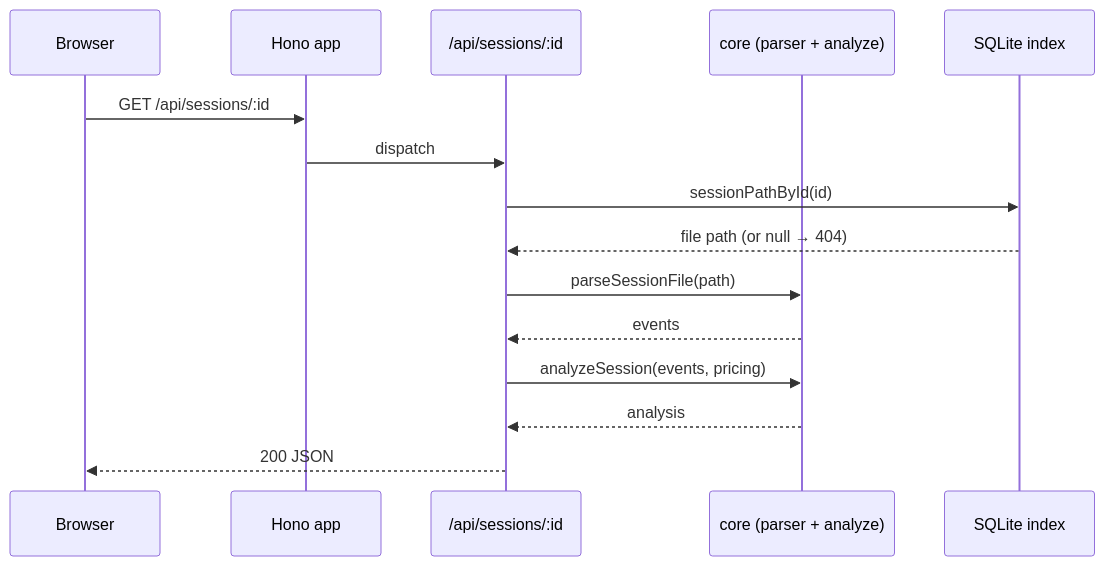
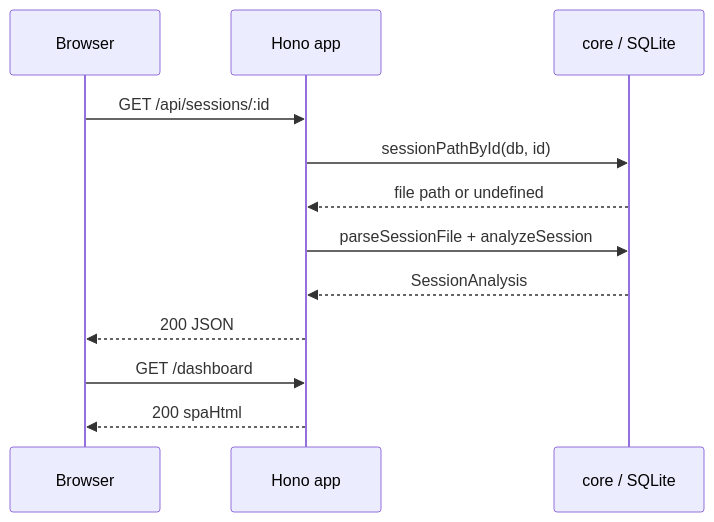
One commit to yorch/cc-analyzer changed the second of 2 diagrams in wiki/5-web-server-and-api.md. Above: the diagram before and after it, drawn with Mermaid. The commit also changed other lines of this file and 16 other files, not shown here.

````diff
--- a/wiki/5-web-server-and-api.md
+++ b/wiki/5-web-server-and-api.md
@@ -87,18 +81,14 @@
 ```mermaid
 sequenceDiagram
     participant Browser
     participant Hono as Hono app
-    participant Route as /api/sessions/:id
-    participant Core as core (parser + analyze)
-    participant DB as SQLite index
-
+    participant Core as core / SQLite
     Browser->>Hono: GET /api/sessions/:id
-    Hono->>Route: dispatch
-    Route->>DB: sessionPathById(id)
-    DB-->>Route: file path (or null → 404)
-    Route->>Core: parseSessionFile(path)
-    Core-->>Route: events
-    Route->>Core: analyzeSession(events, pricing)
-    Core-->>Route: analysis
-    Route-->>Browser: 200 JSON
+    Hono->>Core: sessionPathById(db, id)
+    Core-->>Hono: file path or undefined
+    Hono->>Core: parseSessionFile + analyzeSession
+    Core-->>Hono: SessionAnalysis
+    Hono-->>Browser: 200 JSON
+    Browser->>Hono: GET /dashboard
+    Hono-->>Browser: 200 spaHtml
 ```
````
